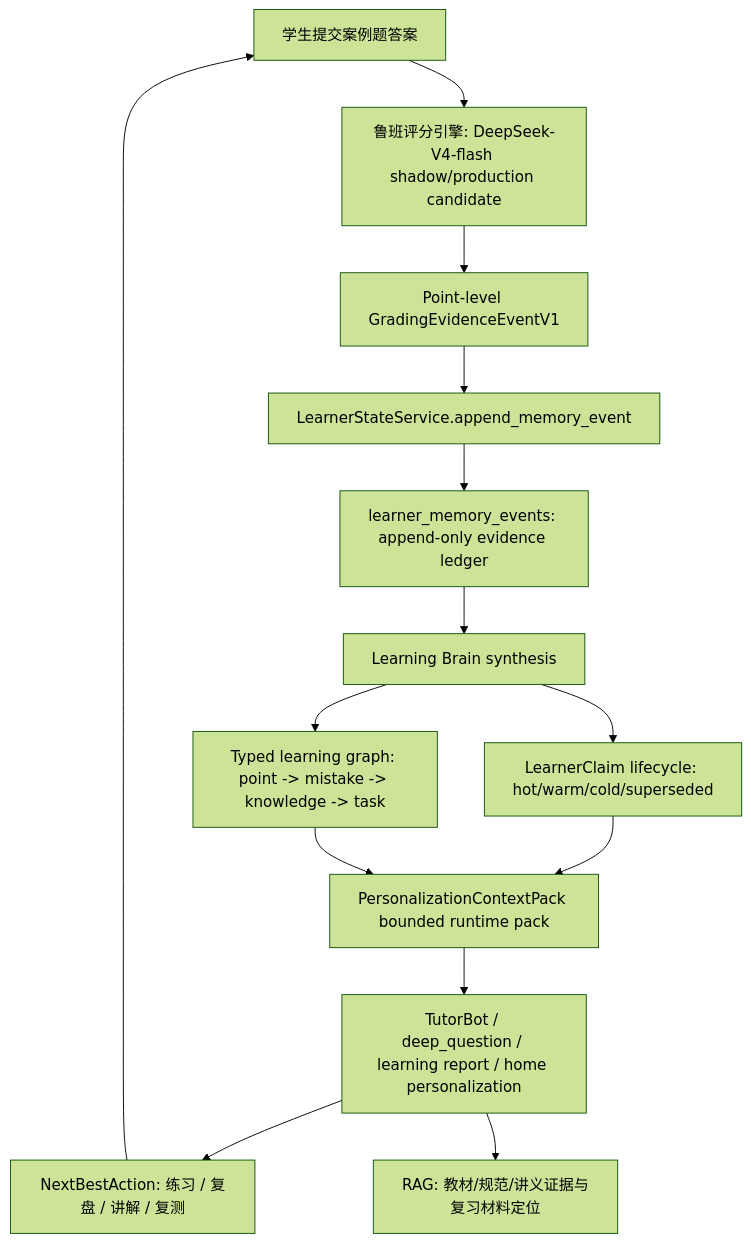
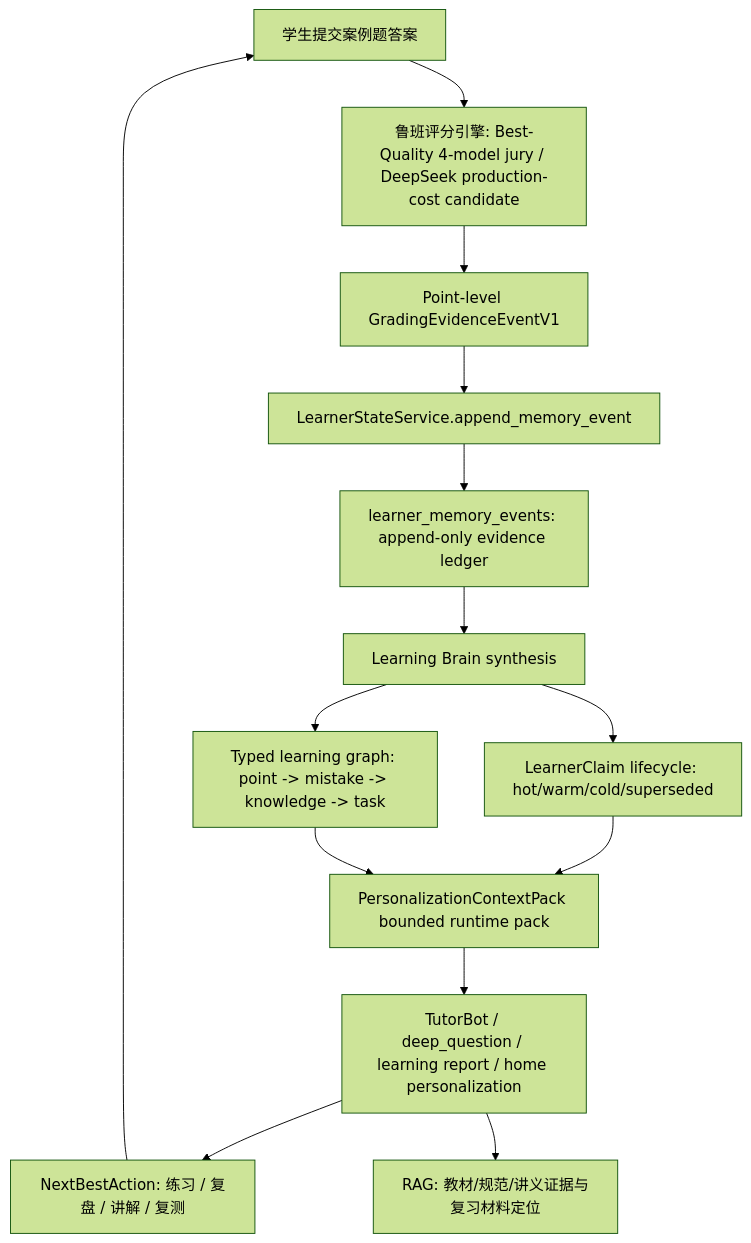
One commit to chenyh200807/luban-deep changed the diagram in docs/plan/2026-06-03-luban-grading-engine-learning-brain-loop-v0.md. Above: the diagram before and after it, drawn with Mermaid (forest theme). The commit also changed other lines of this file and 71 other files, not shown here.

````diff
--- a/docs/plan/2026-06-03-luban-grading-engine-learning-brain-loop-v0.md
+++ b/docs/plan/2026-06-03-luban-grading-engine-learning-brain-loop-v0.md
@@ -112,16 +113,16 @@
 ```mermaid
 flowchart TD
-    A["学生提交案例题答案"] --> B["鲁班评分引擎: DeepSeek-V4-flash shadow/production candidate"]
+    A["学生提交案例题答案"] --> B["鲁班评分引擎: Best-Quality 4-model jury / DeepSeek production-cost candidate"]
     B --> C["Point-level GradingEvidenceEventV1"]
     C --> D["LearnerStateService.append_memory_event"]
     D --> E["learner_memory_events: append-only evidence ledger"]
     E --> F["Learning Brain synthesis"]
     F --> G["LearnerClaim lifecycle: hot/warm/cold/superseded"]
     F --> H["Typed learning graph: point -> mistake -> knowledge -> task"]
     G --> I["PersonalizationContextPack bounded runtime pack"]
     H --> I
     I --> J["TutorBot / deep_question / learning report / home personalization"]
     J --> K["NextBestAction: 练习 / 复盘 / 讲解 / 复测"]
     K --> A
     J --> L["RAG: 教材/规范/讲义证据与复习材料定位"]
 ```
````
